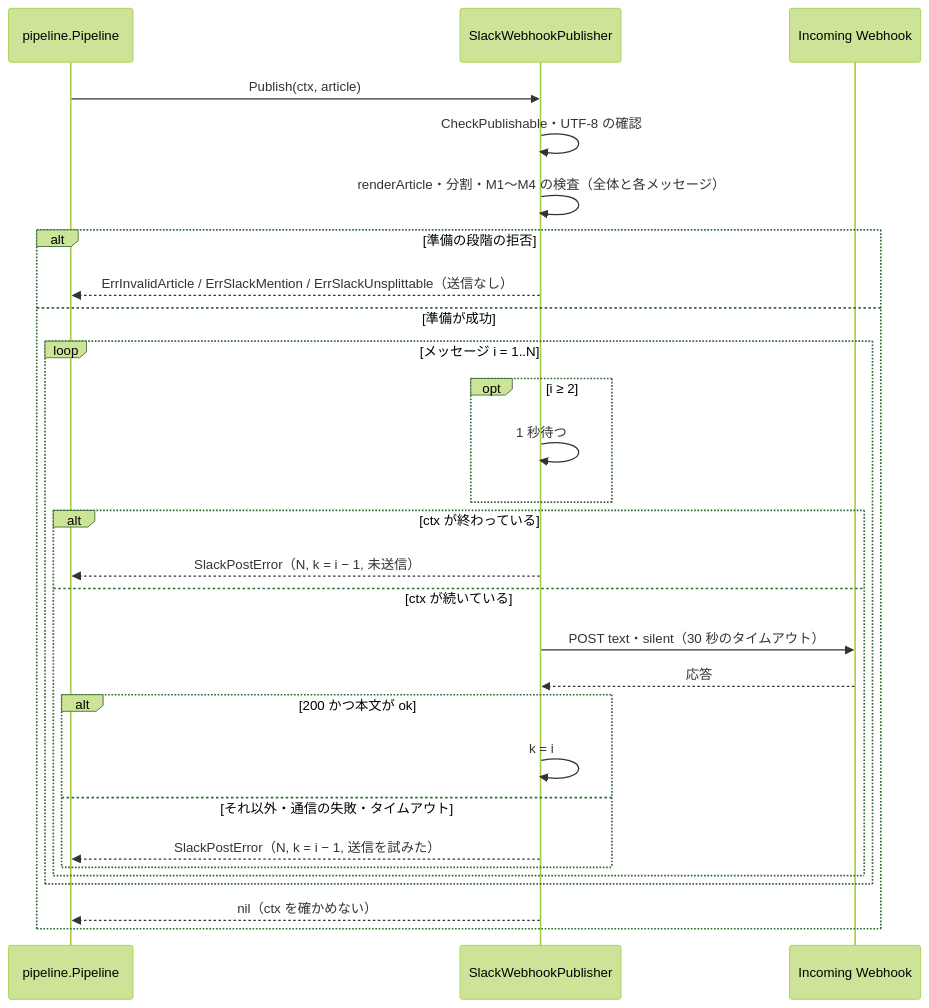
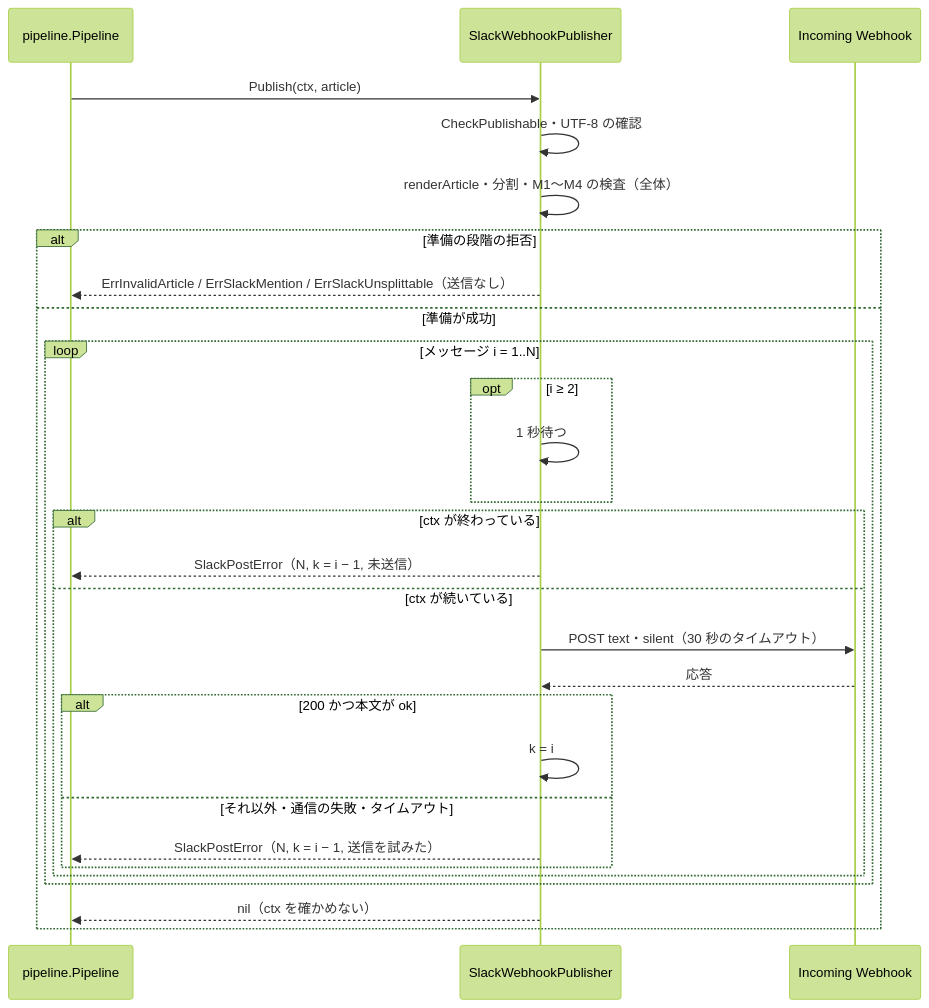
One commit to isseis/yt2column changed the sixth of 7 diagrams in docs/tasks/0006_slack_webhook_publisher/02_architecture.md. Above: the diagram before and after it, drawn with Mermaid (forest theme). The commit also changed other lines of this file and 6 other files, not shown here.

````diff
--- a/docs/tasks/0006_slack_webhook_publisher/02_architecture.md
+++ b/docs/tasks/0006_slack_webhook_publisher/02_architecture.md
@@ -905,31 +905,31 @@
 ```mermaid
 sequenceDiagram
     participant PIPE as pipeline.Pipeline
     participant PUB as SlackWebhookPublisher
     participant HOOK as Incoming Webhook
 
     PIPE->>PUB: Publish(ctx, article)
     PUB->>PUB: CheckPublishable・UTF-8 の確認
-    PUB->>PUB: renderArticle・分割・M1〜M4 の検査（全体と各メッセージ）
+    PUB->>PUB: renderArticle・分割・M1〜M4 の検査（全体）
     alt 準備の段階の拒否
         PUB-->>PIPE: ErrInvalidArticle / ErrSlackMention / ErrSlackUnsplittable（送信なし）
     else 準備が成功
         loop メッセージ i = 1..N
             opt i ≥ 2
                 PUB->>PUB: 1 秒待つ
             end
             alt ctx が終わっている
                 PUB-->>PIPE: SlackPostError（N, k = i − 1, 未送信）
             else ctx が続いている
                 PUB->>HOOK: POST text・silent（30 秒のタイムアウト）
                 HOOK-->>PUB: 応答
                 alt 200 かつ本文が ok
                     PUB->>PUB: k = i
                 else それ以外・通信の失敗・タイムアウト
                     PUB-->>PIPE: SlackPostError（N, k = i − 1, 送信を試みた）
                 end
             end
         end
         PUB-->>PIPE: nil（ctx を確かめない）
     end
 ```
````
